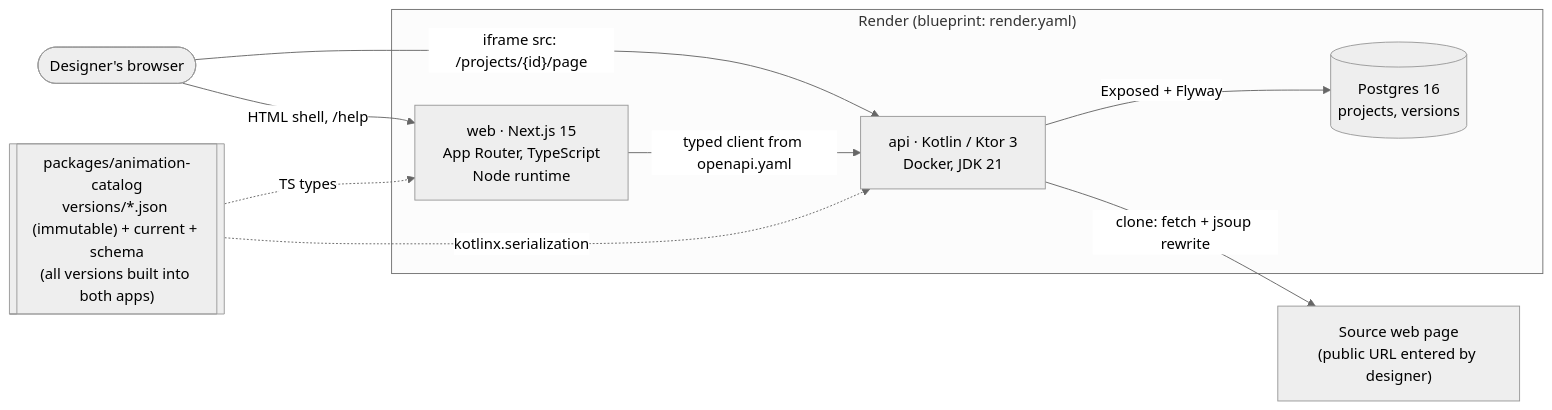
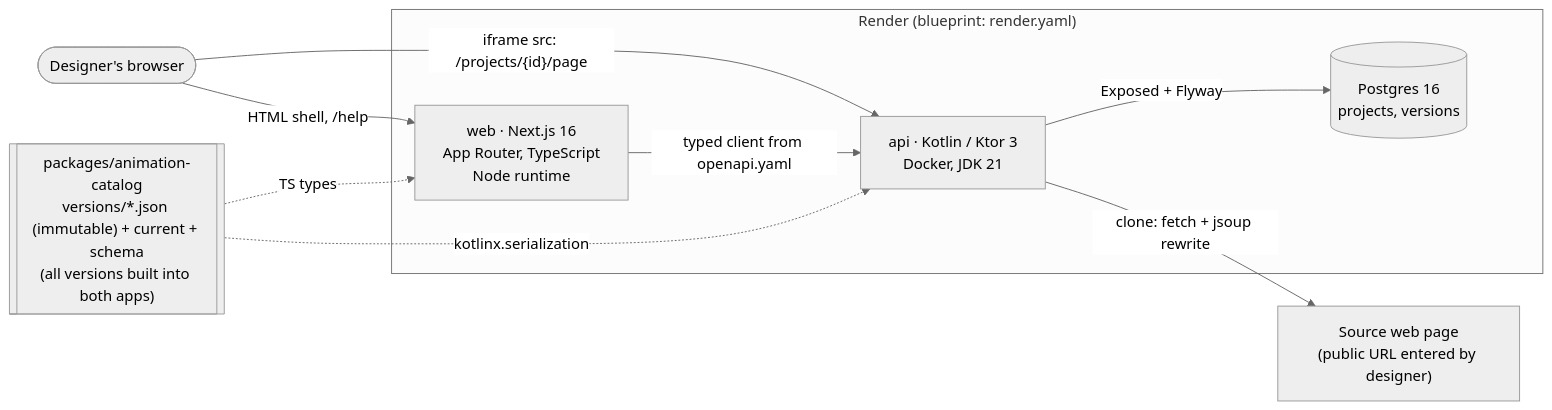
Before and after one commit to ludaxkris/vibe_motion: the first of 12 diagrams in docs/architecture.md, drawn with Mermaid (neutral theme). The commit also changed 101 other files, not shown here.

````diff
--- a/docs/architecture.md
+++ b/docs/architecture.md
@@ -9,21 +9,21 @@
 ```mermaid
 flowchart LR
   designer([Designer's browser])
 
   subgraph render["Render (blueprint: render.yaml)"]
-    web["web · Next.js 15<br/>App Router, TypeScript<br/>Node runtime"]
+    web["web · Next.js 16<br/>App Router, TypeScript<br/>Node runtime"]
     api["api · Kotlin / Ktor 3<br/>Docker, JDK 21"]
     db[("Postgres 16<br/>projects, versions")]
   end
 
   catalog[["packages/animation-catalog<br/>versions/*.json (immutable) + current + schema<br/>(all versions built into both apps)"]]
   source["Source web page<br/>(public URL entered by designer)"]
 
   designer -->|"HTML shell, /help"| web
   designer -->|"iframe src: /projects/{id}/page"| api
   web -->|"typed client from openapi.yaml"| api
   api -->|"Exposed + Flyway"| db
   api -->|"clone: fetch + jsoup rewrite"| source
   catalog -.->|"TS types"| web
   catalog -.->|"kotlinx.serialization"| api
 ```
````
